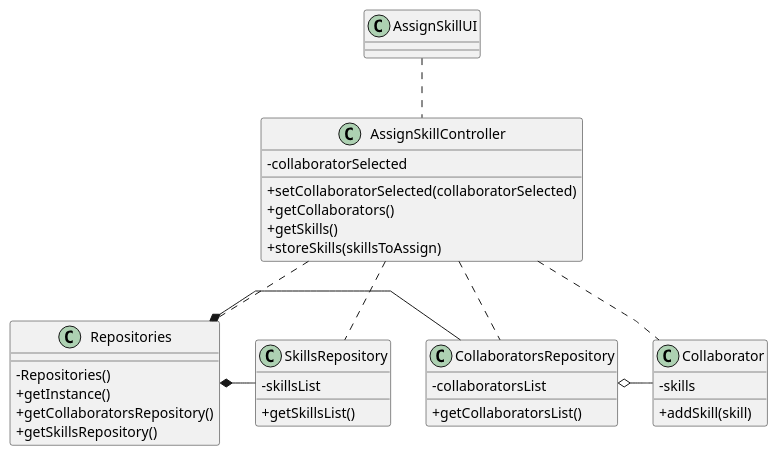
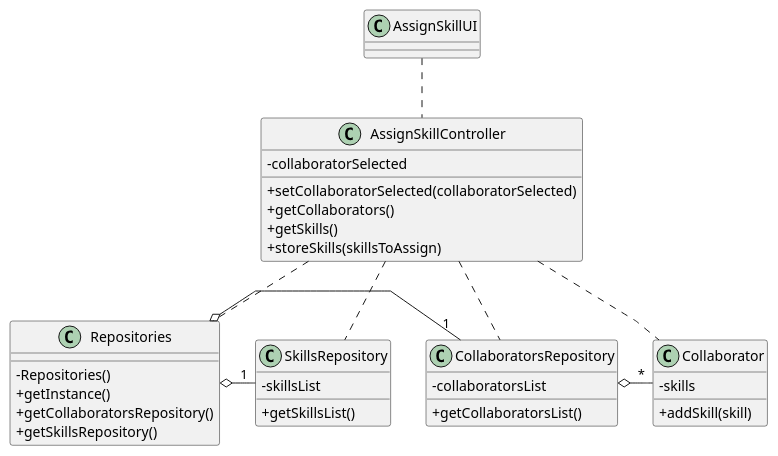
The diagram in docs/sprint2/us004/03.design/puml/us004-class-diagram.puml (1231360-ISEP/lei-24-s2-1db-g021), drawn with PlantUML before and after one commit. The commit also changed 3 other files, not shown here.

Commit message:
Fixing Errors On Class Diagrams

```diff
--- a/docs/sprint2/us004/03.design/puml/us004-class-diagram.puml
+++ b/docs/sprint2/us004/03.design/puml/us004-class-diagram.puml
@@ -1,61 +1,61 @@
 @startuml
 'skinparam monochrome true
 skinparam packageStyle rectangle
 skinparam shadowing false
 skinparam linetype polyline
 'skinparam linetype orto
 
 skinparam classAttributeIconSize 0
 
 'left to right direction
 
 class Collaborator {
     -skills
     +addSkill(skill)
 }
 
 class SkillsRepository {
     - skillsList
     + getSkillsList()
 }
 
 class CollaboratorsRepository {
     - collaboratorsList
     + getCollaboratorsList()
 }
 
 class Repositories {
     - Repositories()
     + getInstance()
     + getCollaboratorsRepository()
     + getSkillsRepository()
 }
 
 class AssignSkillController {
     - collaboratorSelected
     + setCollaboratorSelected(collaboratorSelected)
     + getCollaborators()
     + getSkills()
     + storeSkills(skillsToAssign)
 }
 
 class AssignSkillUI {
 }
 
 AssignSkillUI .. AssignSkillController
 
 AssignSkillController .. Repositories
 
 AssignSkillController .. CollaboratorsRepository
 
 AssignSkillController .. SkillsRepository
 
 AssignSkillController .. Collaborator
 
-Repositories *- CollaboratorsRepository
+Repositories o- "1" CollaboratorsRepository
 
-Repositories *- SkillsRepository
+Repositories o- "1" SkillsRepository
 
-CollaboratorsRepository o- Collaborator
+CollaboratorsRepository o- "*" Collaborator
 
 @enduml
```
